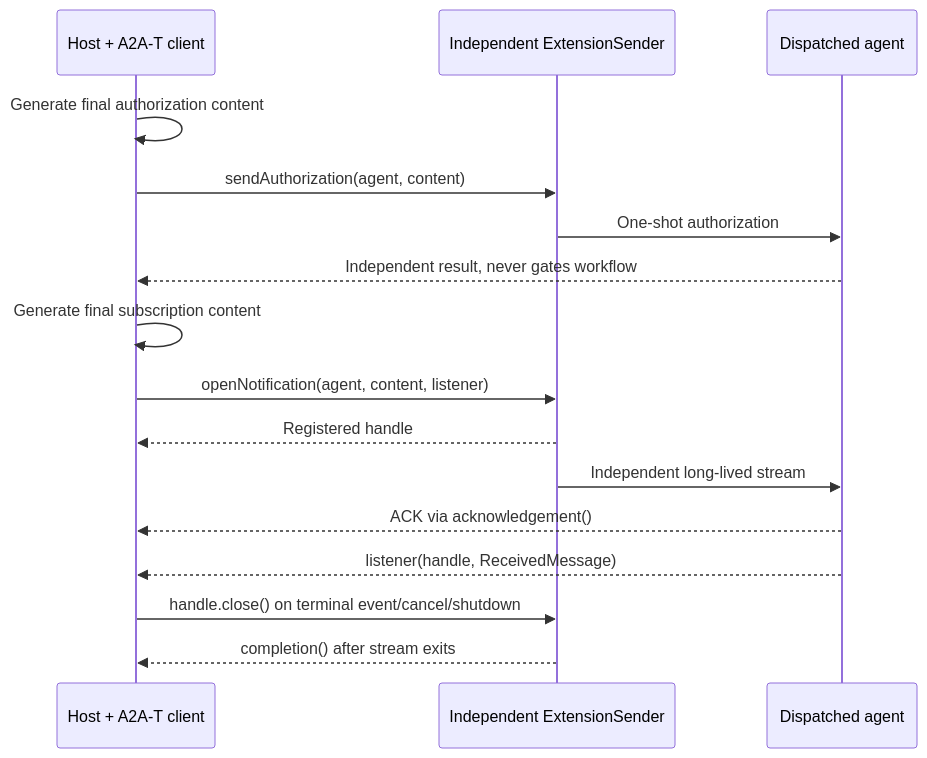
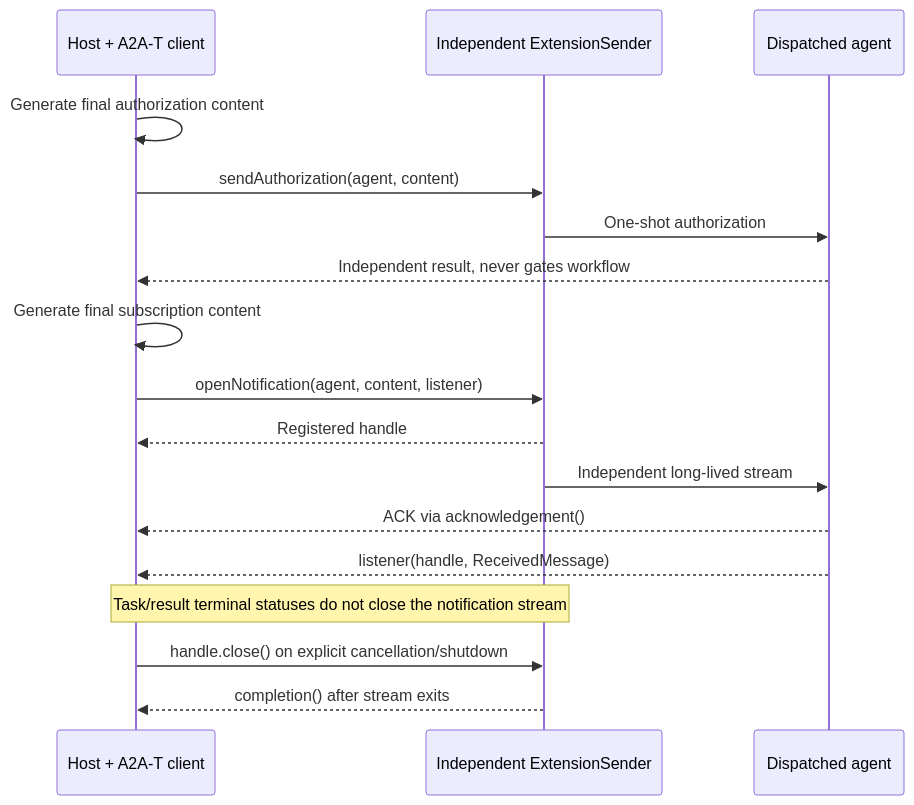
Before and after one commit to Zhoujie628/workflow-engine-sdk-java: the fifth of 5 diagrams in docs/en/DESIGN.md, drawn with Mermaid. The commit also changed other lines of this file and 14 other files, not shown here.

````diff
--- a/docs/en/DESIGN.md
+++ b/docs/en/DESIGN.md
@@ -351,18 +351,19 @@
 ```mermaid
 sequenceDiagram
     participant H as Host + A2A-T client
     participant ES as Independent ExtensionSender
     participant A as Dispatched agent
     H->>H: Generate final authorization content
     H->>ES: sendAuthorization(agent, content)
     ES->>A: One-shot authorization
     A-->>H: Independent result, never gates workflow
     H->>H: Generate final subscription content
     H->>ES: openNotification(agent, content, listener)
     ES-->>H: Registered handle
     ES->>A: Independent long-lived stream
     A-->>H: ACK via acknowledgement()
     A-->>H: listener(handle, ReceivedMessage)
-    H->>ES: handle.close() on terminal event/cancel/shutdown
+    Note over H,ES: Task/result terminal statuses do not close the notification stream
+    H->>ES: handle.close() on explicit cancellation/shutdown
     ES-->>H: completion() after stream exits
 ```
````
